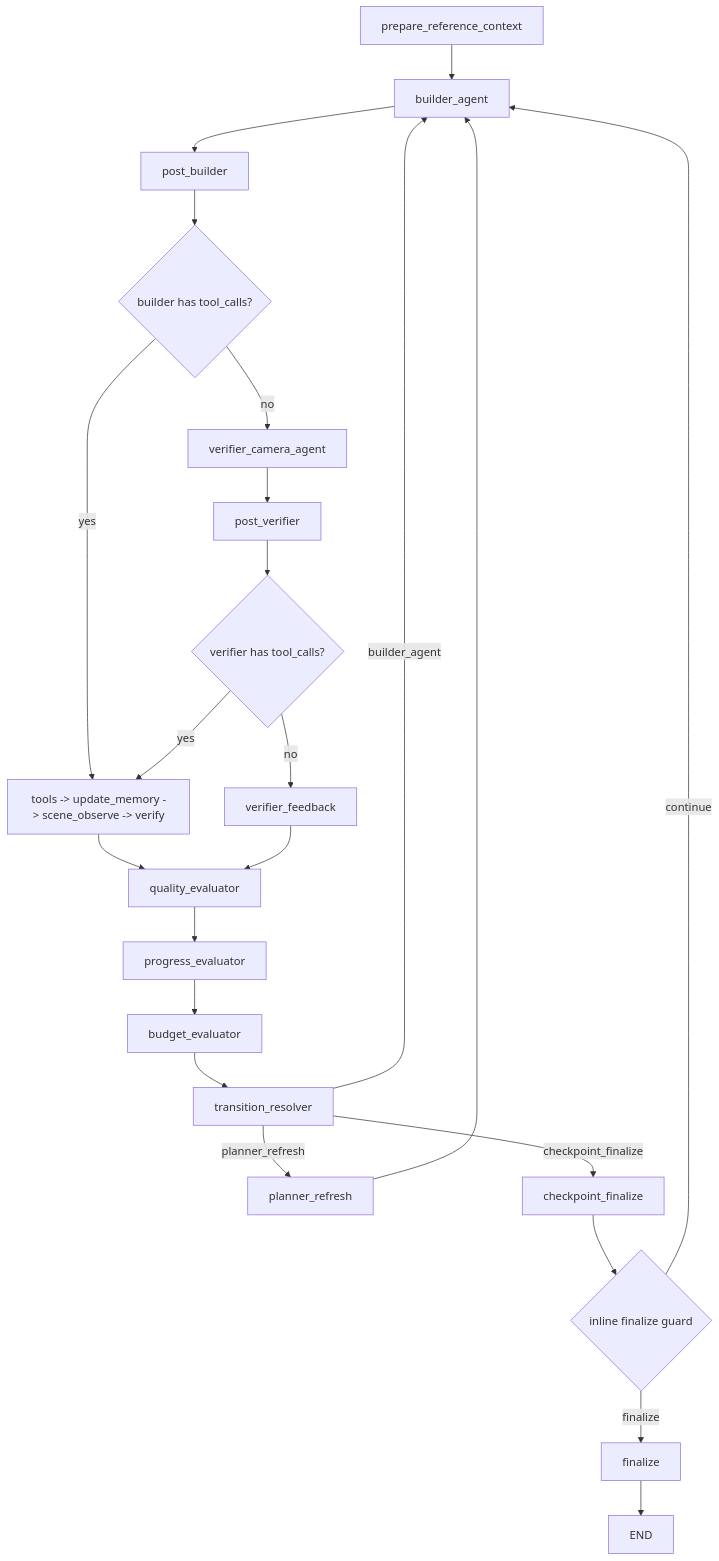
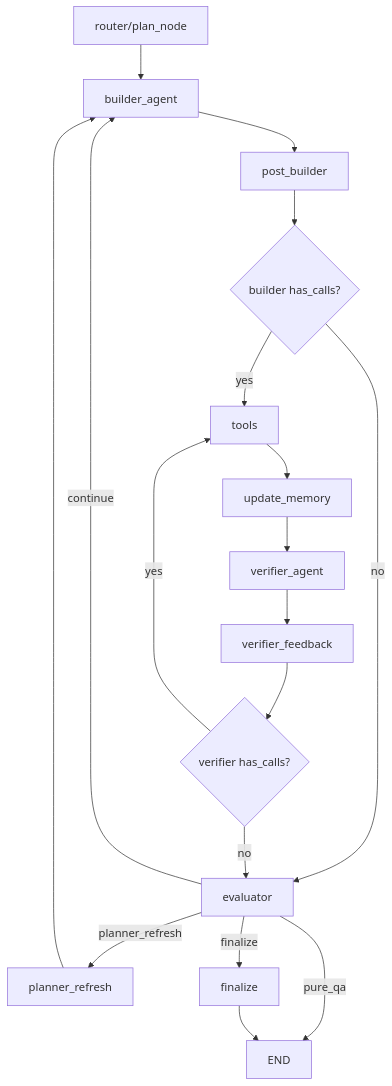
Before and after one commit to 3DSceneAgent/Vibe3DScene: the fourth of 4 diagrams in docs/architecture/current-agent-workflow.md, drawn with Mermaid. The commit also changed other lines of this file and 39 other files, not shown here.

Commit message:
feat: refactor agent workflow around router and evaluator

````diff
--- a/docs/architecture/current-agent-workflow.md
+++ b/docs/architecture/current-agent-workflow.md
@@ -142,31 +112,24 @@
 ```mermaid
 flowchart TD
-    A["prepare_reference_context"] --> B["builder_agent"]
+    A["router/plan_node"] --> B["builder_agent"]
     B --> C["post_builder"]
-    C --> D{"builder has tool_calls?"}
+    C --> D{"builder has_calls?"}
 
-    D -->|yes| E["tools -> update_memory -> scene_observe -> verify"]
-    E --> F["quality_evaluator"]
+    D -->|yes| E["tools"]
+    E --> F["update_memory"]
+    F --> G["verifier_agent"]
 
-    D -->|no| G["verifier_camera_agent"]
-    G --> H["post_verifier"]
-    H --> I{"verifier has tool_calls?"}
+    D -->|no| I["evaluator"]
 
-    I -->|yes| E
-    I -->|no| J["verifier_feedback"]
-    J --> F
+    G --> H["verifier_feedback"]
+    H --> J{"verifier has_calls?"}
+    J -->|yes| E
+    J -->|no| I
 
-    F --> K["progress_evaluator"]
-    K --> L["budget_evaluator"]
-    L --> M["transition_resolver"]
-
-    M -->|builder_agent| B
-    M -->|planner_refresh| N["planner_refresh"]
-    N --> B
-    M -->|checkpoint_finalize| O["checkpoint_finalize"]
-
-    O --> P{"inline finalize guard"}
-    P -->|continue| B
-    P -->|finalize| R["finalize"]
-    R --> T["END"]
+    I -->|continue| B
+    I -->|planner_refresh| L["planner_refresh"]
+    L --> B
+    I -->|finalize| M["finalize"]
+    I -->|pure_qa| N["END"]
+    M --> N
 ```
````
